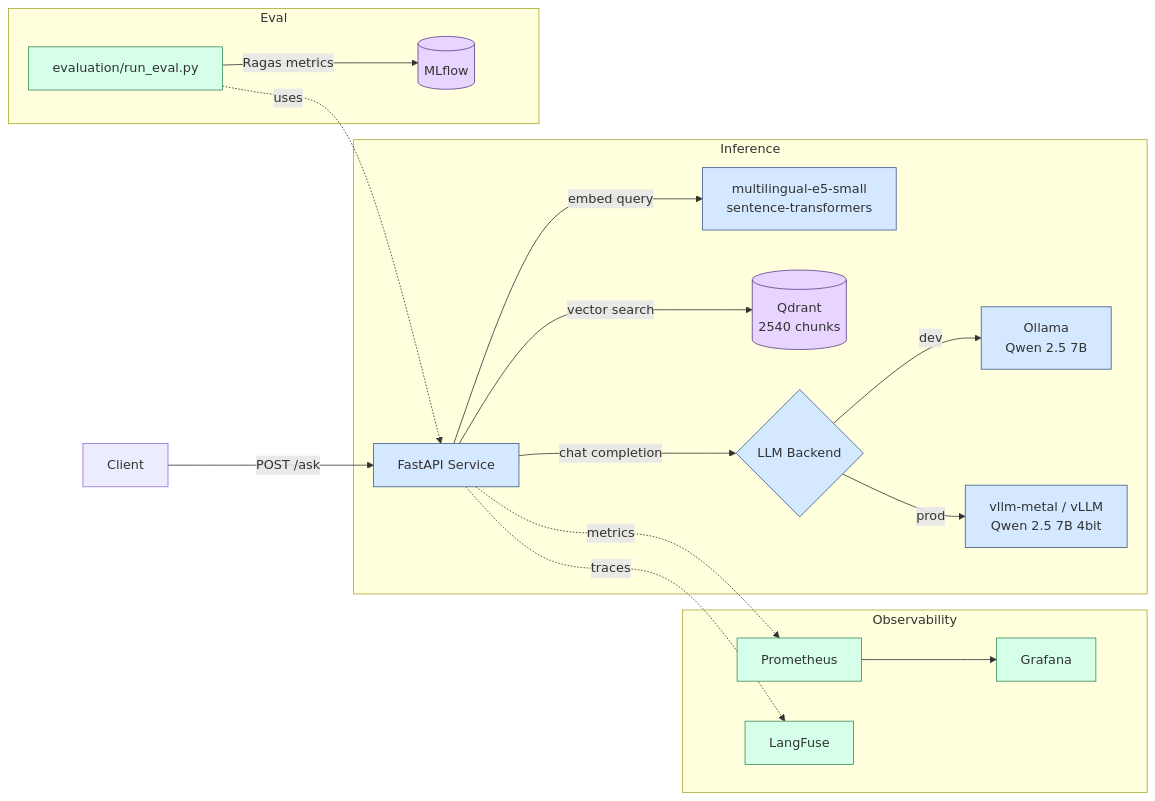
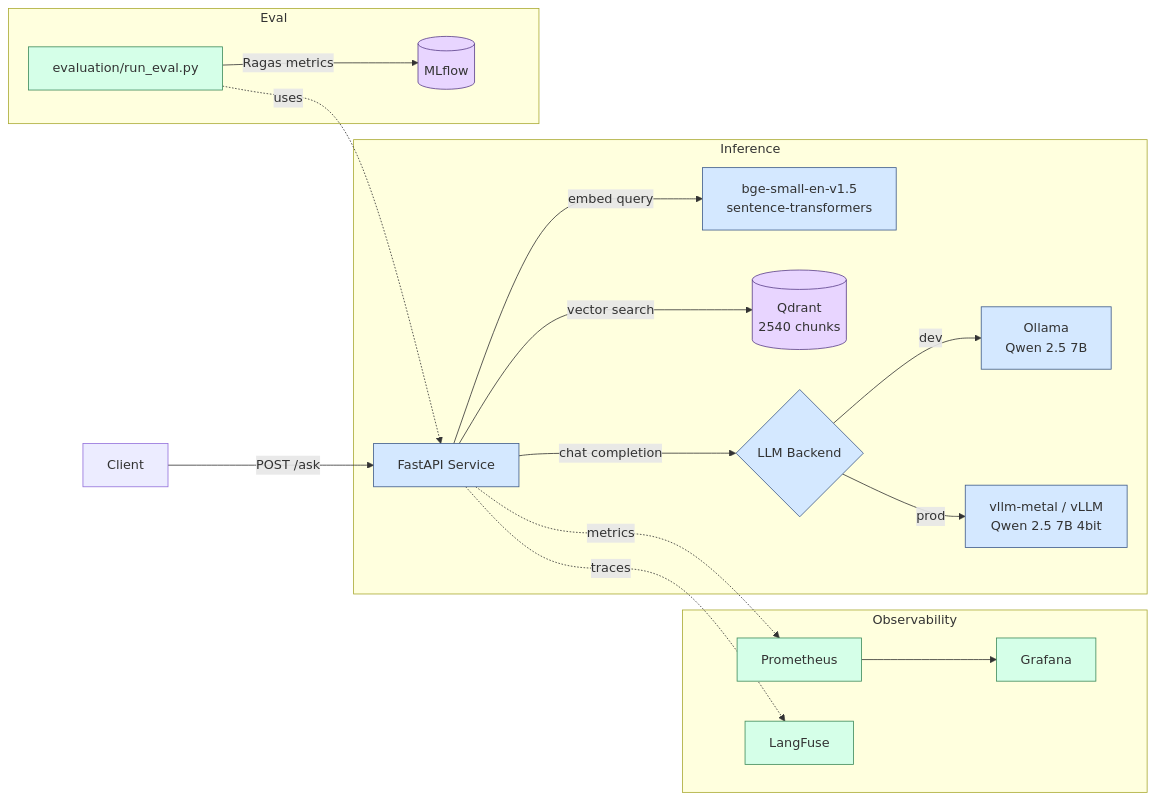
One commit to PureLeach/DocsRAG changed the first of 2 diagrams in README.md. Above: the diagram before and after it, drawn with Mermaid. The commit also changed other lines of this file and 17 other files, not shown here.

Commit message:
returned BAAI/bge-small-en-v1.5 embeddings model

````diff
--- a/README.md
+++ b/README.md
@@ -54,30 +54,30 @@
 ```mermaid
 graph LR
     User[Client] -->|POST /ask| API[FastAPI Service]
 
     subgraph Inference
-        API -->|embed query| Embed[multilingual-e5-small<br/>sentence-transformers]
+        API -->|embed query| Embed[bge-small-en-v1.5<br/>sentence-transformers]
         API -->|vector search| Qdrant[(Qdrant<br/>2540 chunks)]
         API -->|chat completion| LLM{LLM Backend}
         LLM -->|dev| Ollama[Ollama<br/>Qwen 2.5 7B]
         LLM -->|prod| vLLM[vllm-metal / vLLM<br/>Qwen 2.5 7B 4bit]
     end
 
     subgraph Observability
         API -.metrics.-> Prom[Prometheus]
         API -.traces.-> LF[LangFuse]
         Prom --> Graf[Grafana]
     end
 
     subgraph Eval
         RunEval[evaluation/run_eval.py] -->|Ragas metrics| MLflow[(MLflow)]
         RunEval -.uses.-> API
     end
 
     classDef storage fill:#e8d5ff,stroke:#5a3e8a
     classDef service fill:#d4e8ff,stroke:#3e5a8a
     classDef obs fill:#d5ffe8,stroke:#3e8a5a
     class Qdrant,MLflow storage
     class API,Embed,Ollama,vLLM,LLM service
     class Prom,LF,Graf,RunEval obs
 ```
````
